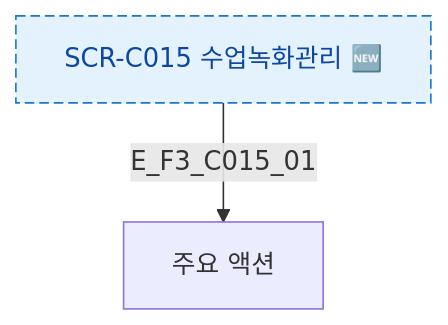
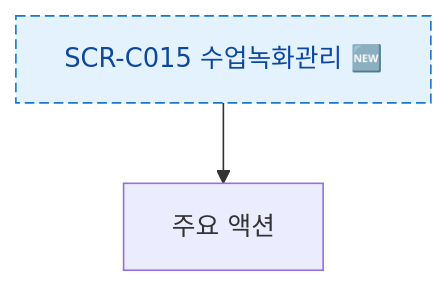
Before and after one commit to dev-spogym/admin-pando: the diagram in docs/다이어그램/D04_수업관리/SCR-C015_수업녹화관리/F3_버튼액션.md, drawn with Mermaid. The commit also changed other lines of this file and 1660 other files, not shown here.

First line of the commit message:
다이어그램: 기획자/클라이언트 납품본으로 정리

````diff
--- a/docs/다이어그램/D04_수업관리/SCR-C015_수업녹화관리/F3_버튼액션.md
+++ b/docs/다이어그램/D04_수업관리/SCR-C015_수업녹화관리/F3_버튼액션.md
@@ -20,9 +18,9 @@
 ```mermaid
 flowchart TD
   SCR_NODE[SCR-C015 수업녹화관리 🆕]
-  SCR_NODE -->|E_F3_C015_01| PrimaryAction[주요 액션]
+  SCR_NODE --> PrimaryAction[주요 액션]
   classDef screen fill:#E3F2FD,stroke:#1976D2,color:#0D47A1
   classDef newFeature fill:#F3E5F5,stroke:#7B1FA2,color:#4A148C,stroke-dasharray:6 3
   class SCR_NODE newFeature
   class SCR_NODE screen
 ```
````
